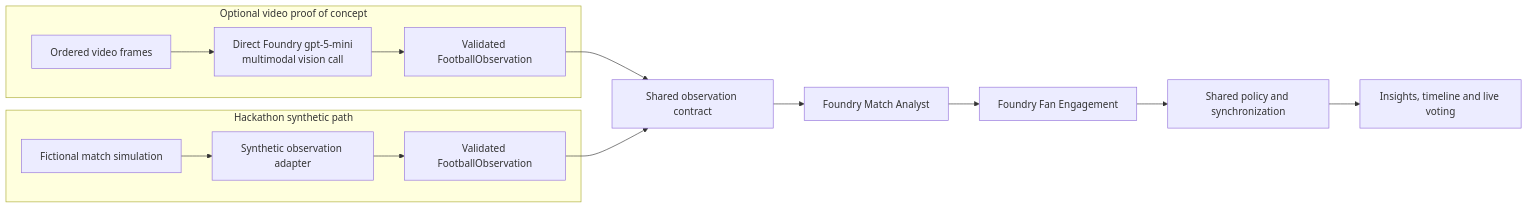
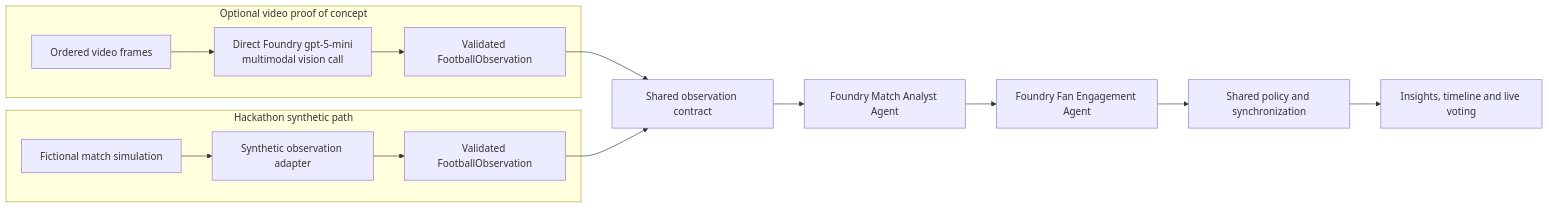
The third of 4 diagrams in README.md (rriviere/fanpulse), drawn with Mermaid before and after one commit. The commit also changed other lines of this file, not shown here.

Commit message:
docs: identify Foundry agents in architecture diagrams

````diff
--- a/README.md
+++ b/README.md
@@ -160,19 +160,19 @@
 ```mermaid
 flowchart LR
     subgraph Video["Optional video proof of concept"]
         Frames["Ordered video frames"] --> Vision["Direct Foundry gpt-5-mini<br/>multimodal vision call"]
         Vision --> VideoObservation["Validated FootballObservation"]
     end
 
     subgraph Synthetic["Hackathon synthetic path"]
         Simulation["Fictional match simulation"] --> Adapter["Synthetic observation adapter"]
         Adapter --> SyntheticObservation["Validated FootballObservation"]
     end
 
     VideoObservation --> Contract["Shared observation contract"]
     SyntheticObservation --> Contract
-    Contract --> Analyst["Foundry Match Analyst"]
-    Analyst --> Engagement["Foundry Fan Engagement"]
+    Contract --> Analyst["Foundry Match Analyst Agent"]
+    Analyst --> Engagement["Foundry Fan Engagement Agent"]
     Engagement --> Policy["Shared policy and synchronization"]
     Policy --> Experience["Insights, timeline and live voting"]
 ```
````
